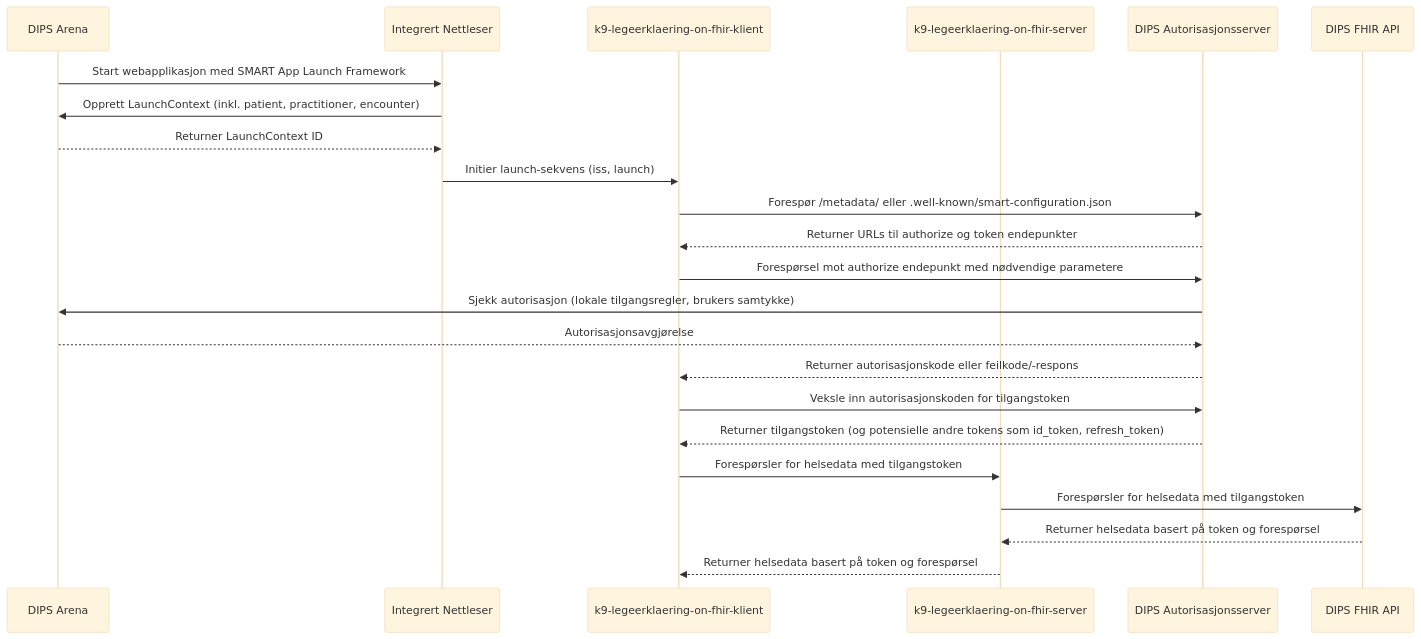
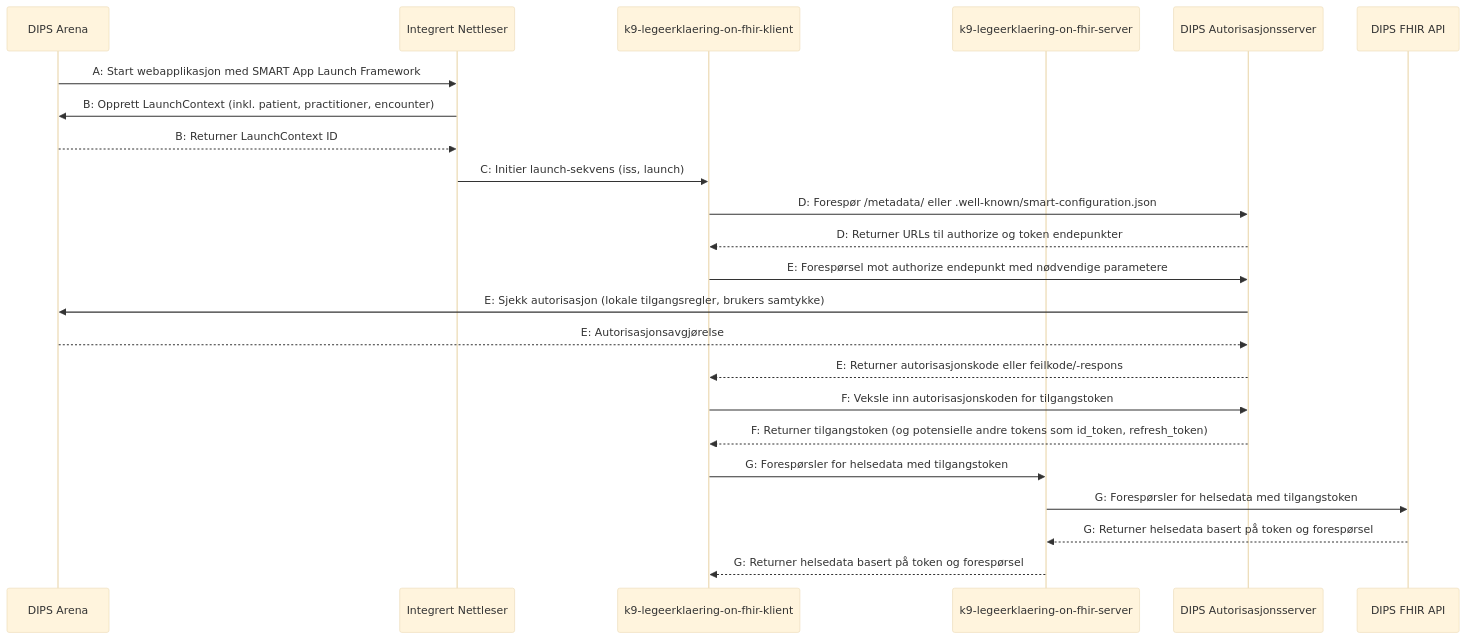
The diagram in docs/teknisk-dokumentasjon/oppstart-og-innlogging.md (navikt/helseopplysninger-docs), drawn with Mermaid (base theme) before and after one commit. The commit also changed other lines of this file, not shown here.

````diff
--- a/docs/teknisk-dokumentasjon/oppstart-og-innlogging.md
+++ b/docs/teknisk-dokumentasjon/oppstart-og-innlogging.md
@@ -8,26 +8,26 @@
 ```mermaid
 sequenceDiagram
     participant EPJ as DIPS Arena
     participant Browser as Integrert Nettleser
     participant App as k9-legeerklaering-on-fhir-klient
     participant App-Backend as k9-legeerklaering-on-fhir-server
     participant AuthServer as DIPS Autorisasjonsserver
     participant FHIR as DIPS FHIR API
 
-    EPJ->>Browser: Start webapplikasjon med SMART App Launch Framework
-    Browser->>EPJ: Opprett LaunchContext (inkl. patient, practitioner, encounter)
-    EPJ-->>Browser: Returner LaunchContext ID
-    Browser->>App: Initier launch-sekvens (iss, launch)
-    App->>AuthServer: Forespør /metadata/ eller .well-known/smart-configuration.json
-    AuthServer-->>App: Returner URLs til authorize og token endepunkter
-    App->>AuthServer: Forespørsel mot authorize endepunkt med nødvendige parametere
-    AuthServer->>EPJ: Sjekk autorisasjon (lokale tilgangsregler, brukers samtykke)
-    EPJ-->>AuthServer: Autorisasjonsavgjørelse
-    AuthServer-->>App: Returner autorisasjonskode eller feilkode/-respons
-    App->>AuthServer: Veksle inn autorisasjonskoden for tilgangstoken
-    AuthServer-->>App: Returner tilgangstoken (og potensielle andre tokens som id_token, refresh_token)
-    App->>App-Backend: Forespørsler for helsedata med tilgangstoken
-    App-Backend->>FHIR: Forespørsler for helsedata med tilgangstoken
-    FHIR-->>App-Backend: Returner helsedata basert på token og forespørsel
-    App-Backend-->>App: Returner helsedata basert på token og forespørsel
+    EPJ->>Browser: A: Start webapplikasjon med SMART App Launch Framework
+    Browser->>EPJ: B: Opprett LaunchContext (inkl. patient, practitioner, encounter)
+    EPJ-->>Browser: B: Returner LaunchContext ID
+    Browser->>App: C: Initier launch-sekvens (iss, launch)
+    App->>AuthServer: D: Forespør /metadata/ eller .well-known/smart-configuration.json
+    AuthServer-->>App: D: Returner URLs til authorize og token endepunkter
+    App->>AuthServer: E: Forespørsel mot authorize endepunkt med nødvendige parametere
+    AuthServer->>EPJ: E: Sjekk autorisasjon (lokale tilgangsregler, brukers samtykke)
+    EPJ-->>AuthServer: E: Autorisasjonsavgjørelse
+    AuthServer-->>App: E: Returner autorisasjonskode eller feilkode/-respons
+    App->>AuthServer: F: Veksle inn autorisasjonskoden for tilgangstoken
+    AuthServer-->>App: F: Returner tilgangstoken (og potensielle andre tokens som id_token, refresh_token)
+    App->>App-Backend: G: Forespørsler for helsedata med tilgangstoken
+    App-Backend->>FHIR: G: Forespørsler for helsedata med tilgangstoken
+    FHIR-->>App-Backend: G: Returner helsedata basert på token og forespørsel
+    App-Backend-->>App: G: Returner helsedata basert på token og forespørsel
 ```
````
